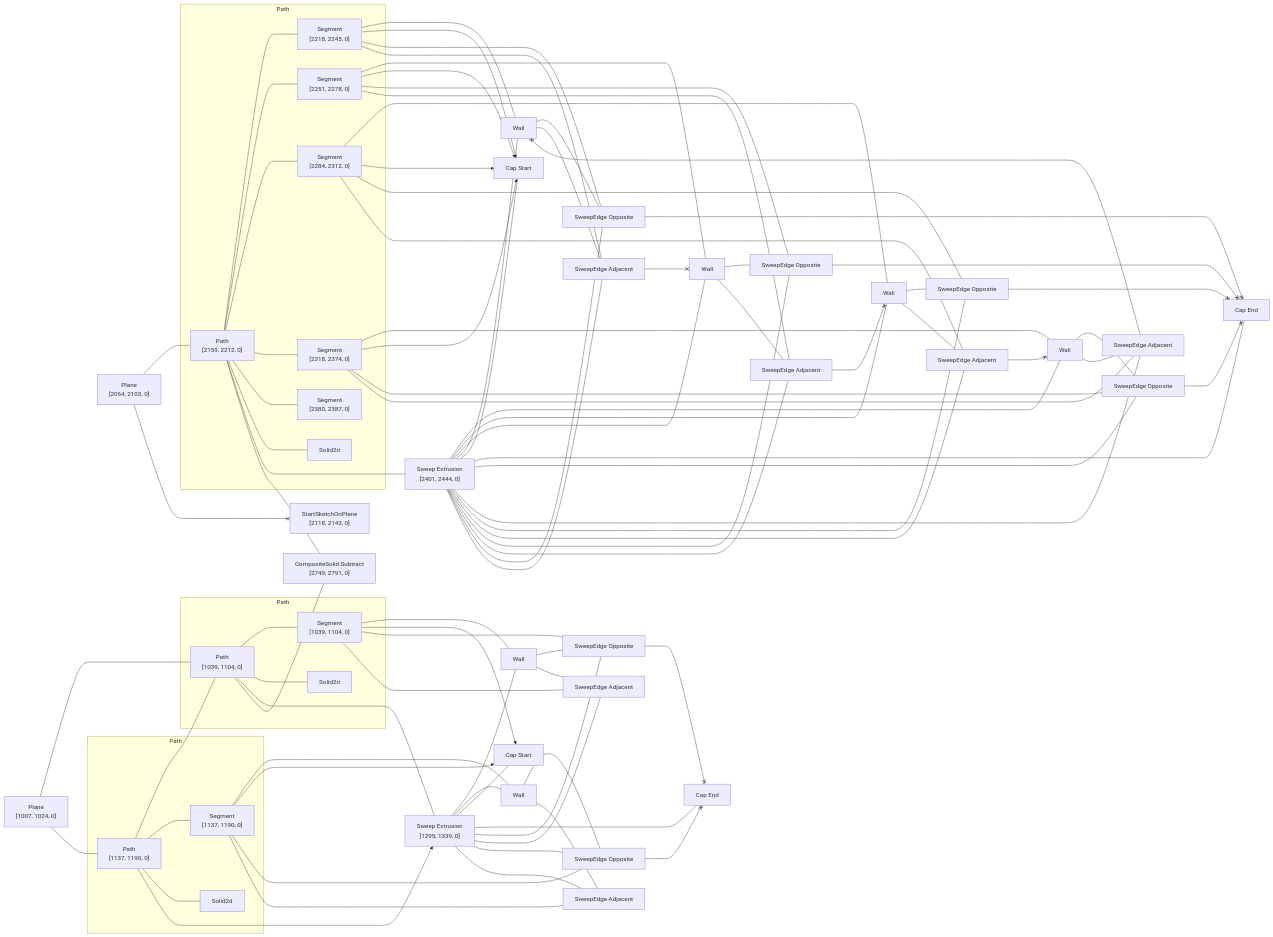
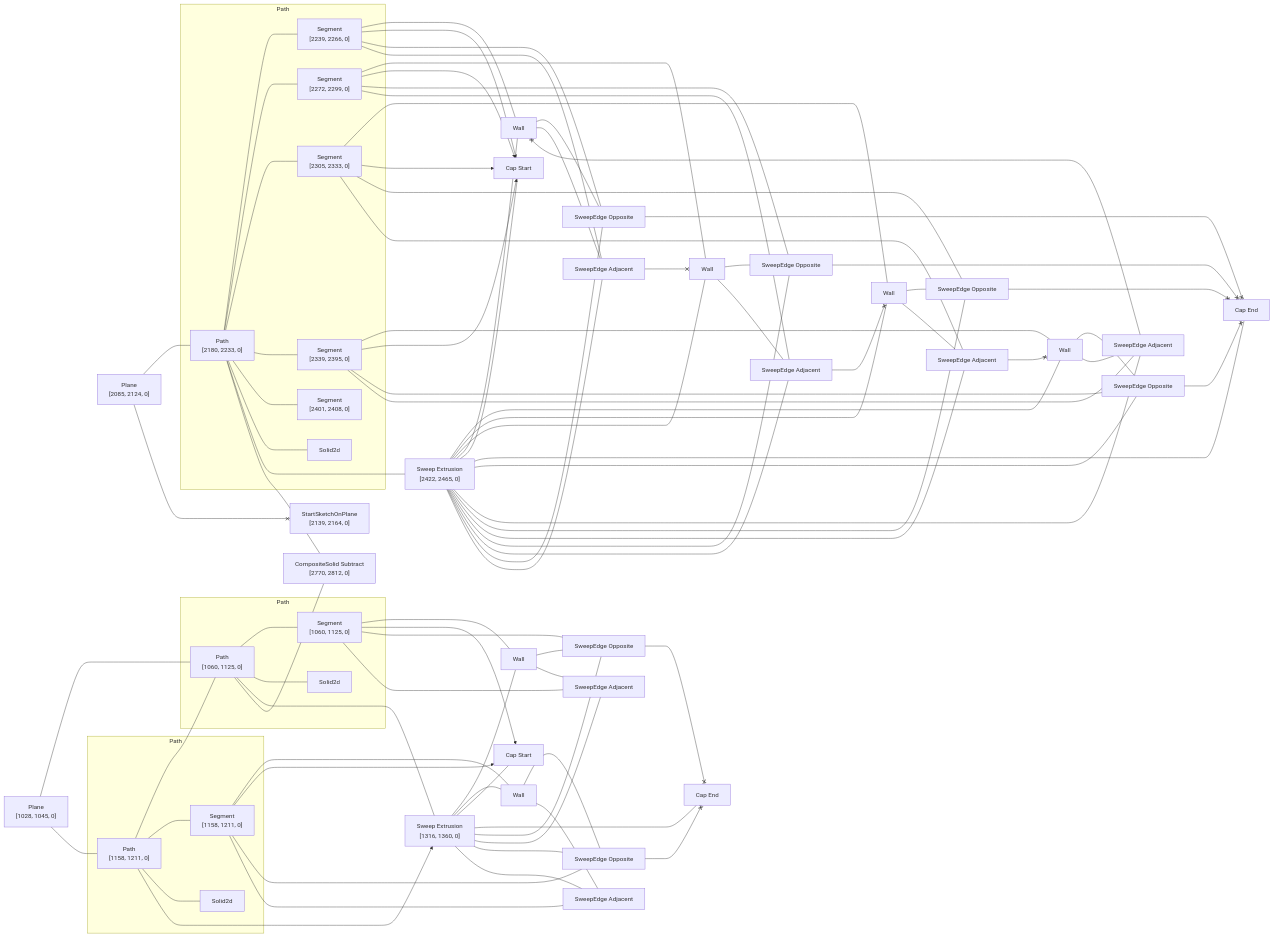
The diagram in rust/kcl-lib/tests/kcl_samples/c-shape-solid/artifact_graph_flowchart.snap.md (KittyCAD/modeling-app), drawn with Mermaid before and after one commit. The commit also changed 319 other files, not shown here.

````diff
--- a/rust/kcl-lib/tests/kcl_samples/c-shape-solid/artifact_graph_flowchart.snap.md
+++ b/rust/kcl-lib/tests/kcl_samples/c-shape-solid/artifact_graph_flowchart.snap.md
@@ -1,37 +1,37 @@
 ```mermaid
 flowchart LR
   subgraph path2 [Path]
-    2["Path<br>[1039, 1104, 0]"]
+    2["Path<br>[1060, 1125, 0]"]
       %% [ProgramBodyItem { index: 5 }, VariableDeclarationDeclaration, VariableDeclarationInit, PipeBodyItem { index: 0 }]
-    3["Segment<br>[1039, 1104, 0]"]
+    3["Segment<br>[1060, 1125, 0]"]
       %% [ProgramBodyItem { index: 5 }, VariableDeclarationDeclaration, VariableDeclarationInit, PipeBodyItem { index: 0 }]
     4[Solid2d]
   end
   subgraph path5 [Path]
-    5["Path<br>[1137, 1190, 0]"]
+    5["Path<br>[1158, 1211, 0]"]
       %% [ProgramBodyItem { index: 5 }, VariableDeclarationDeclaration, VariableDeclarationInit, PipeBodyItem { index: 1 }, CallKwArg { index: 0 }, ArrayElement { index: 0 }]
-    6["Segment<br>[1137, 1190, 0]"]
+    6["Segment<br>[1158, 1211, 0]"]
       %% [ProgramBodyItem { index: 5 }, VariableDeclarationDeclaration, VariableDeclarationInit, PipeBodyItem { index: 1 }, CallKwArg { index: 0 }, ArrayElement { index: 0 }]
     7[Solid2d]
   end
   subgraph path18 [Path]
-    18["Path<br>[2159, 2212, 0]"]
+    18["Path<br>[2180, 2233, 0]"]
       %% [ProgramBodyItem { index: 13 }, VariableDeclarationDeclaration, VariableDeclarationInit, PipeBodyItem { index: 0 }]
-    19["Segment<br>[2218, 2245, 0]"]
+    19["Segment<br>[2239, 2266, 0]"]
       %% [ProgramBodyItem { index: 13 }, VariableDeclarationDeclaration, VariableDeclarationInit, PipeBodyItem { index: 1 }]
-    20["Segment<br>[2251, 2278, 0]"]
+    20["Segment<br>[2272, 2299, 0]"]
       %% [ProgramBodyItem { index: 13 }, VariableDeclarationDeclaration, VariableDeclarationInit, PipeBodyItem { index: 2 }]
-    21["Segment<br>[2284, 2312, 0]"]
+    21["Segment<br>[2305, 2333, 0]"]
       %% [ProgramBodyItem { index: 13 }, VariableDeclarationDeclaration, VariableDeclarationInit, PipeBodyItem { index: 3 }]
-    22["Segment<br>[2318, 2374, 0]"]
+    22["Segment<br>[2339, 2395, 0]"]
       %% [ProgramBodyItem { index: 13 }, VariableDeclarationDeclaration, VariableDeclarationInit, PipeBodyItem { index: 4 }]
-    23["Segment<br>[2380, 2387, 0]"]
+    23["Segment<br>[2401, 2408, 0]"]
       %% [ProgramBodyItem { index: 13 }, VariableDeclarationDeclaration, VariableDeclarationInit, PipeBodyItem { index: 5 }]
     24[Solid2d]
   end
-  1["Plane<br>[1007, 1024, 0]"]
+  1["Plane<br>[1028, 1045, 0]"]
     %% [ProgramBodyItem { index: 4 }, VariableDeclarationDeclaration, VariableDeclarationInit]
-  8["Sweep Extrusion<br>[1295, 1339, 0]"]
+  8["Sweep Extrusion<br>[1316, 1360, 0]"]
     %% [ProgramBodyItem { index: 6 }, VariableDeclarationDeclaration, VariableDeclarationInit]
   9[Wall]
     %% face_code_ref=Missing NodePath
@@ -45,9 +45,9 @@
   14["SweepEdge Adjacent"]
   15["SweepEdge Opposite"]
   16["SweepEdge Adjacent"]
-  17["Plane<br>[2064, 2103, 0]"]
+  17["Plane<br>[2085, 2124, 0]"]
     %% [ProgramBodyItem { index: 11 }, VariableDeclarationDeclaration, VariableDeclarationInit]
-  25["Sweep Extrusion<br>[2401, 2444, 0]"]
+  25["Sweep Extrusion<br>[2422, 2465, 0]"]
     %% [ProgramBodyItem { index: 14 }, VariableDeclarationDeclaration, VariableDeclarationInit]
   26[Wall]
     %% face_code_ref=Missing NodePath
@@ -69,9 +69,9 @@
   37["SweepEdge Adjacent"]
   38["SweepEdge Opposite"]
   39["SweepEdge Adjacent"]
-  40["CompositeSolid Subtract<br>[2749, 2791, 0]"]
+  40["CompositeSolid Subtract<br>[2770, 2812, 0]"]
     %% [ProgramBodyItem { index: 15 }, VariableDeclarationDeclaration, VariableDeclarationInit]
-  41["StartSketchOnPlane<br>[2118, 2143, 0]"]
+  41["StartSketchOnPlane<br>[2139, 2164, 0]"]
     %% [ProgramBodyItem { index: 12 }, VariableDeclarationDeclaration, VariableDeclarationInit]
   1 --- 2
   1 --- 5
````
